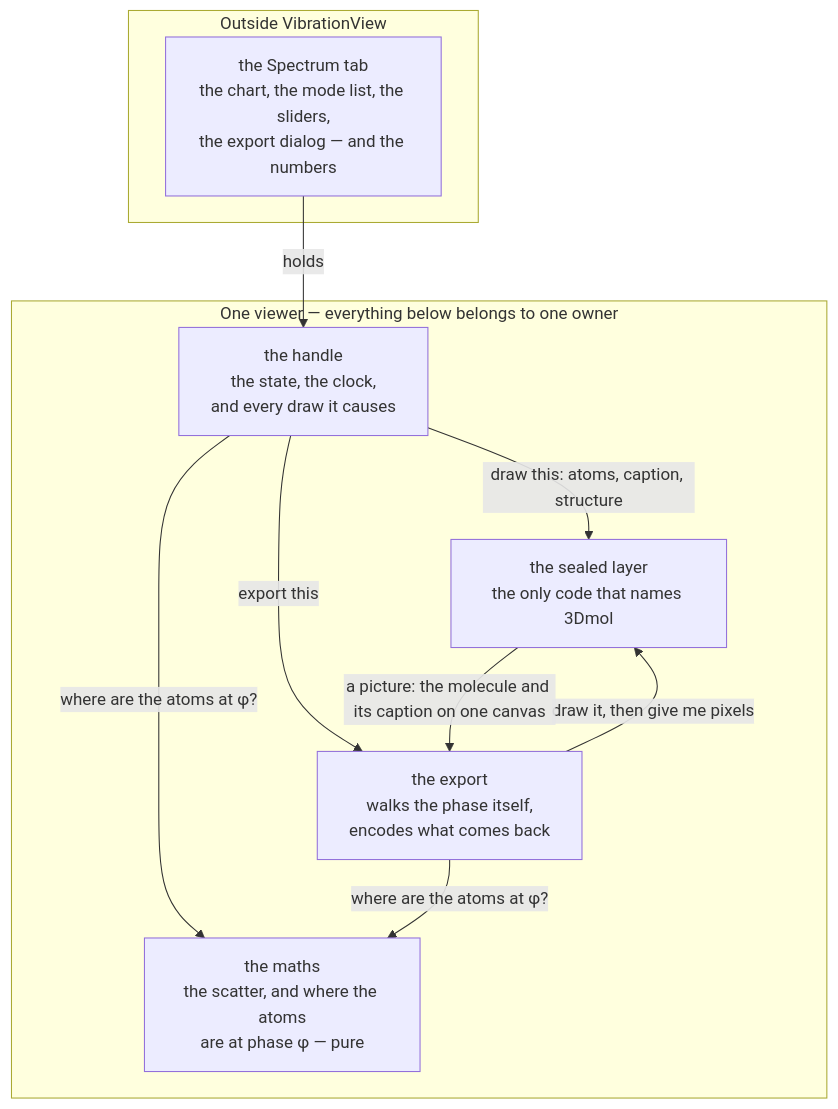
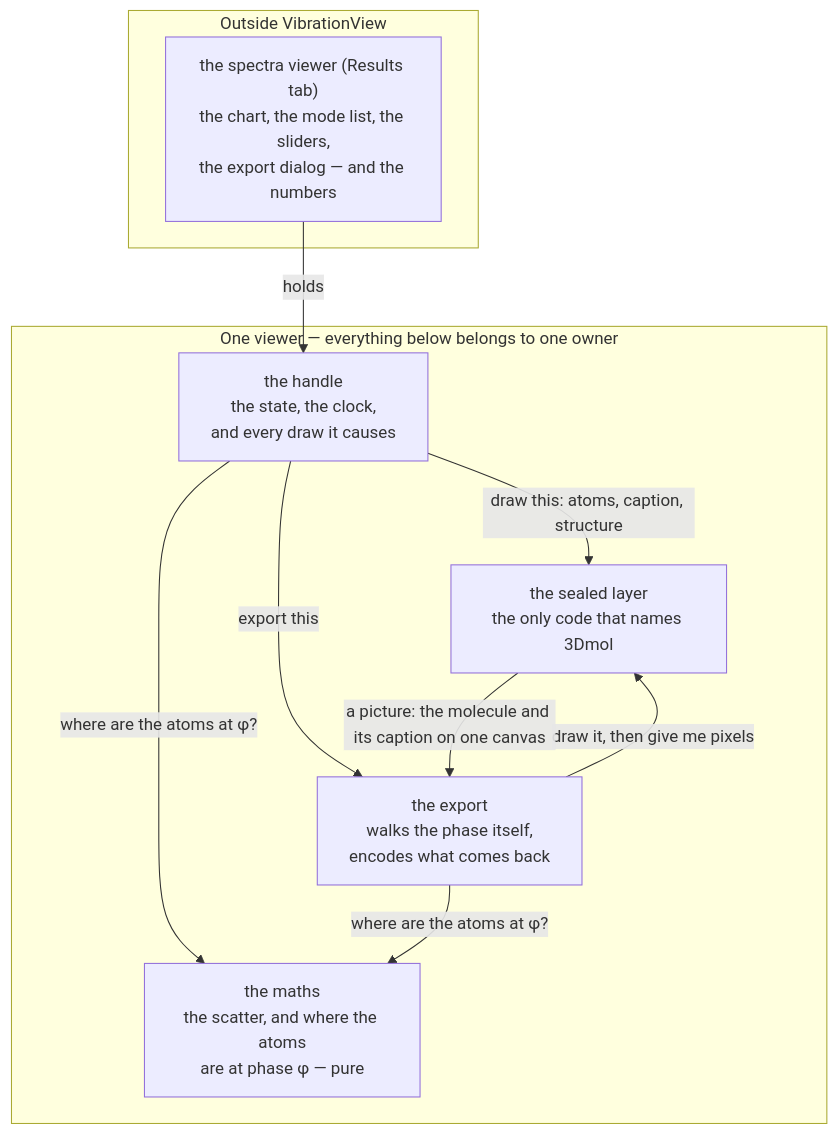
Before and after one commit to Qing-LAB/molbuilder: the first of 2 diagrams in docs/web/vibrationview.md, drawn with Mermaid. The commit also changed other lines of this file and 13 other files, not shown here.

````diff
--- a/docs/web/vibrationview.md
+++ b/docs/web/vibrationview.md
@@ -78,19 +78,19 @@
 ```mermaid
 flowchart TB
     subgraph outside["Outside VibrationView"]
-      TAB["the Spectrum tab<br/>the chart, the mode list, the sliders,<br/>the export dialog — and the numbers"]
+      TAB["the spectra viewer (Results tab)<br/>the chart, the mode list, the sliders,<br/>the export dialog — and the numbers"]
     end
     subgraph vv["One viewer — everything below belongs to one owner"]
       H["the handle<br/>the state, the clock,<br/>and every draw it causes"]
       A["the maths<br/>the scatter, and where the atoms<br/>are at phase φ — pure"]
       X["the export<br/>walks the phase itself,<br/>encodes what comes back"]
       SEAL["the sealed layer<br/>the only code that names 3Dmol"]
     end
     TAB -->|"holds"| H
     H -->|"where are the atoms at φ?"| A
     H -->|"draw this: atoms, caption, structure"| SEAL
     H -->|"export this"| X
     X -->|"where are the atoms at φ?"| A
     X -->|"draw it, then give me pixels"| SEAL
     SEAL -->|"a picture: the molecule and its caption on one canvas"| X
 ```
````
